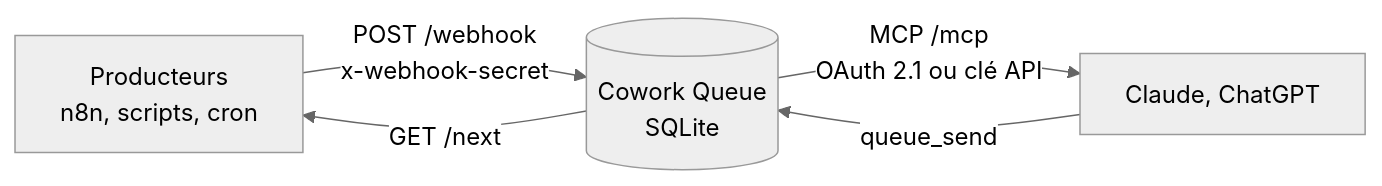
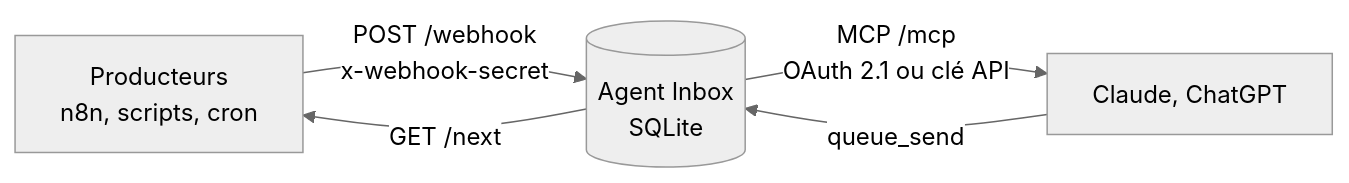
Before and after one commit to KlevisGolemi/agent-inbox: the diagram in README.md, drawn with Mermaid (neutral theme). The commit also changed other lines of this file and 46 other files, not shown here.

Commit message:
refactor: renommer le projet en Agent Inbox

````diff
--- a/README.md
+++ b/README.md
@@ -28,7 +28,7 @@
 ```mermaid
 flowchart LR
-  P["Producteurs<br/>n8n, scripts, cron"] -- "POST /webhook<br/>x-webhook-secret" --> Q[("Cowork Queue<br/>SQLite")]
+  P["Producteurs<br/>n8n, scripts, cron"] -- "POST /webhook<br/>x-webhook-secret" --> Q[("Agent Inbox<br/>SQLite")]
   Q -- "MCP /mcp<br/>OAuth 2.1 ou clé API" --> A["Claude, ChatGPT"]
   A -- "queue_send" --> Q
   Q -- "GET /next" --> P
 ```
````
